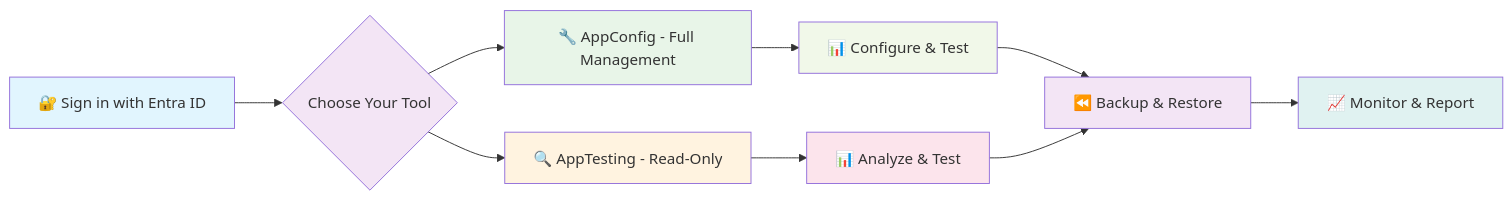
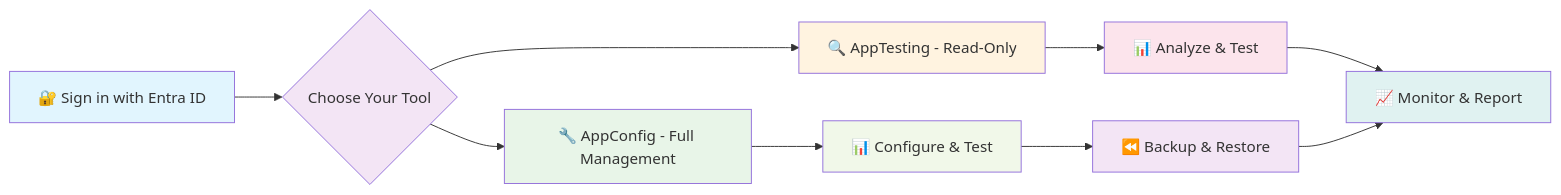
The diagram in README.md (AppConfig-Org/AppConfig-Squared), drawn with Mermaid before and after one commit.

Commit message:
Updated files: README.md

````diff
--- a/README.md
+++ b/README.md
@@ -114,20 +114,20 @@
 ```mermaid
 graph LR
     A[🔐 Sign in with Entra ID] --> B{Choose Your Tool}
     B --> C[🔧 AppConfig - Full Management]
     B --> D[🔍 AppTesting - Read-Only]
     C --> E[📊 Configure & Test]
     D --> F[📊 Analyze & Test]
     E --> G[⏪ Backup & Restore]
-    F --> G
-    G --> H[📈 Monitor & Report]
+    F --> H[📈 Monitor & Report]
+    G --> H
     
     style A fill:#e1f5fe
     style B fill:#f3e5f5
     style C fill:#e8f5e8
     style D fill:#fff3e0
     style E fill:#f1f8e9
     style F fill:#fce4ec
     style G fill:#f3e5f5
     style H fill:#e0f2f1
 ```
````
